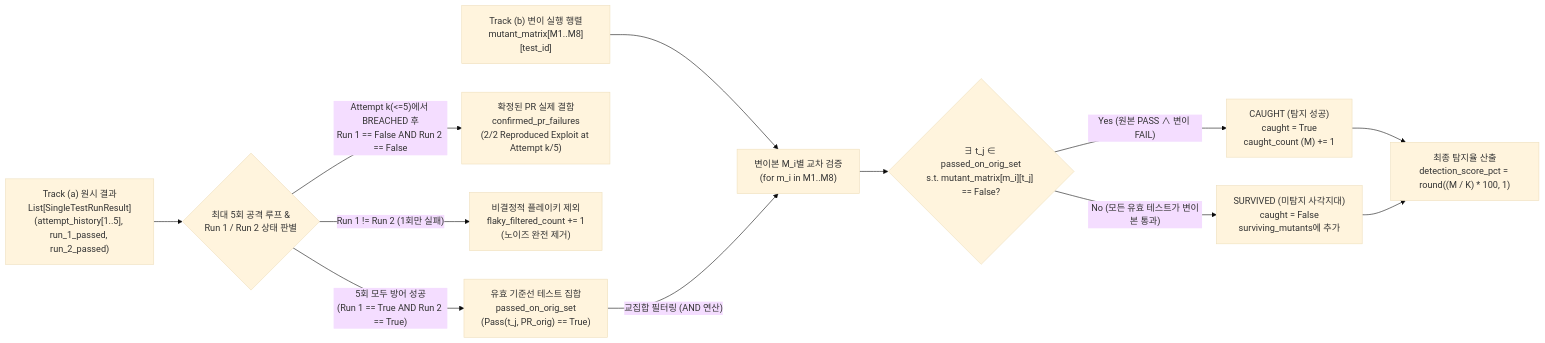
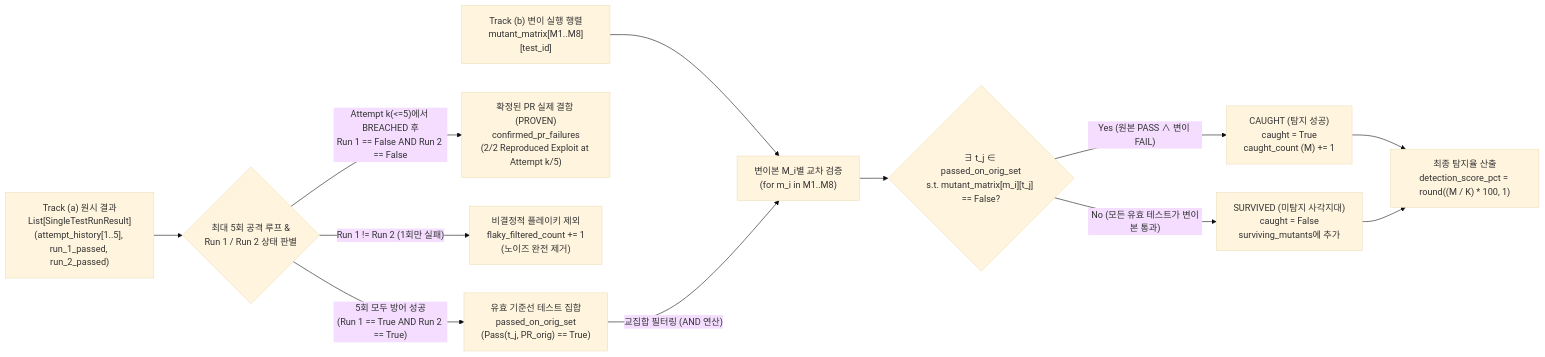
The fourth of 4 diagrams in docs/02_Data_Flow.md (ttogle918/argus-pr-verifier), drawn with Mermaid (base theme) before and after one commit. The commit also changed other lines of this file and 9 other files, not shown here.

First line of the commit message:
docs(arch): document multi-agent LLM call flow and specify CEGIS patch loop, PR bundle export, and BOLA matrix

````diff
--- a/docs/02_Data_Flow.md
+++ b/docs/02_Data_Flow.md
@@ -137,18 +146,18 @@
 ```mermaid
 flowchart LR
     RawPRResults["Track (a) 원시 결과\nList[SingleTestRunResult]\n(attempt_history[1..5], run_1_passed, run_2_passed)"] --> FilterA{"최대 5회 공격 루프 &\nRun 1 / Run 2 상태 판별"}
 
     FilterA -->|"5회 모두 방어 성공\n(Run 1 == True AND Run 2 == True)"| ValidBaseline["유효 기준선 테스트 집합\npassed_on_orig_set\n(Pass(t_j, PR_orig) == True)"]
-    FilterA -->|"Attempt k(<=5)에서 BREACHED 후\nRun 1 == False AND Run 2 == False"| ConfirmedDefects["확정된 PR 실제 결함\nconfirmed_pr_failures\n(2/2 Reproduced Exploit at Attempt k/5)"]
+    FilterA -->|"Attempt k(<=5)에서 BREACHED 후\nRun 1 == False AND Run 2 == False"| ConfirmedDefects["확정된 PR 실제 결함 (PROVEN)\nconfirmed_pr_failures\n(2/2 Reproduced Exploit at Attempt k/5)"]
     FilterA -->|"Run 1 != Run 2 (1회만 실패)"| FlakyFiltered["비결정적 플레이키 제외\nflaky_filtered_count += 1\n(노이즈 완전 제거)"]
 
     RawMutantMatrix["Track (b) 변이 실행 행렬\nmutant_matrix[M1..M8][test_id]"] --> EvalLoop["변이본 M_i별 교차 검증\n(for m_i in M1..M8)"]
     ValidBaseline -->|"교집합 필터링 (AND 연산)"| EvalLoop
 
     EvalLoop --> KillRule{"∃ t_j ∈ passed_on_orig_set\ns.t. mutant_matrix[m_i][t_j] == False?"}
     KillRule -->|"Yes (원본 PASS ∧ 변이 FAIL)"| CaughtMutant["CAUGHT (탐지 성공)\ncaught = True\ncaught_count (M) += 1"]
     KillRule -->|"No (모든 유효 테스트가 변이본 통과)"| SurvivingMutant["SURVIVED (미탐지 사각지대)\ncaught = False\nsurviving_mutants에 추가"]
 
     CaughtMutant --> ScoreOut["최종 탐지율 산출\ndetection_score_pct = round((M / K) * 100, 1)"]
     SurvivingMutant --> ScoreOut
 ```
````
